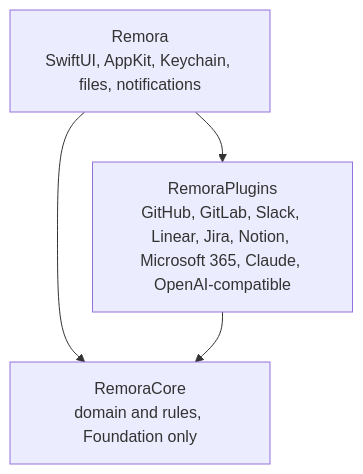
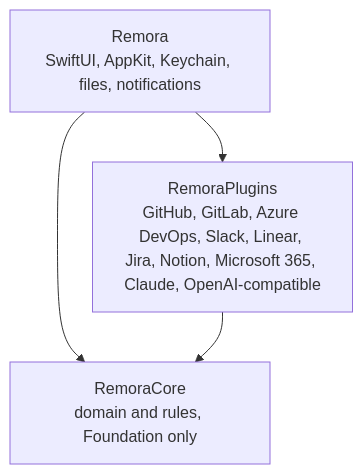
Before and after one commit to iGitScor/triage: the diagram in docs/develop/index.md, drawn with Mermaid. The commit also changed 47 other files, not shown here.

First line of the commit message:
feat: Azure DevOps pull requests and work items (IDEA-04)

````diff
--- a/docs/develop/index.md
+++ b/docs/develop/index.md
@@ -11,6 +11,6 @@
 ```mermaid
 flowchart TB
-  App["Remora<br/>SwiftUI, AppKit, Keychain, files, notifications"] --> Plugins["RemoraPlugins<br/>GitHub, GitLab, Slack, Linear, Jira, Notion, Microsoft 365, Claude, OpenAI-compatible"]
+  App["Remora<br/>SwiftUI, AppKit, Keychain, files, notifications"] --> Plugins["RemoraPlugins<br/>GitHub, GitLab, Azure DevOps, Slack, Linear, Jira, Notion, Microsoft 365, Claude, OpenAI-compatible"]
   App --> Core["RemoraCore<br/>domain and rules, Foundation only"]
   Plugins --> Core
 ```
````
